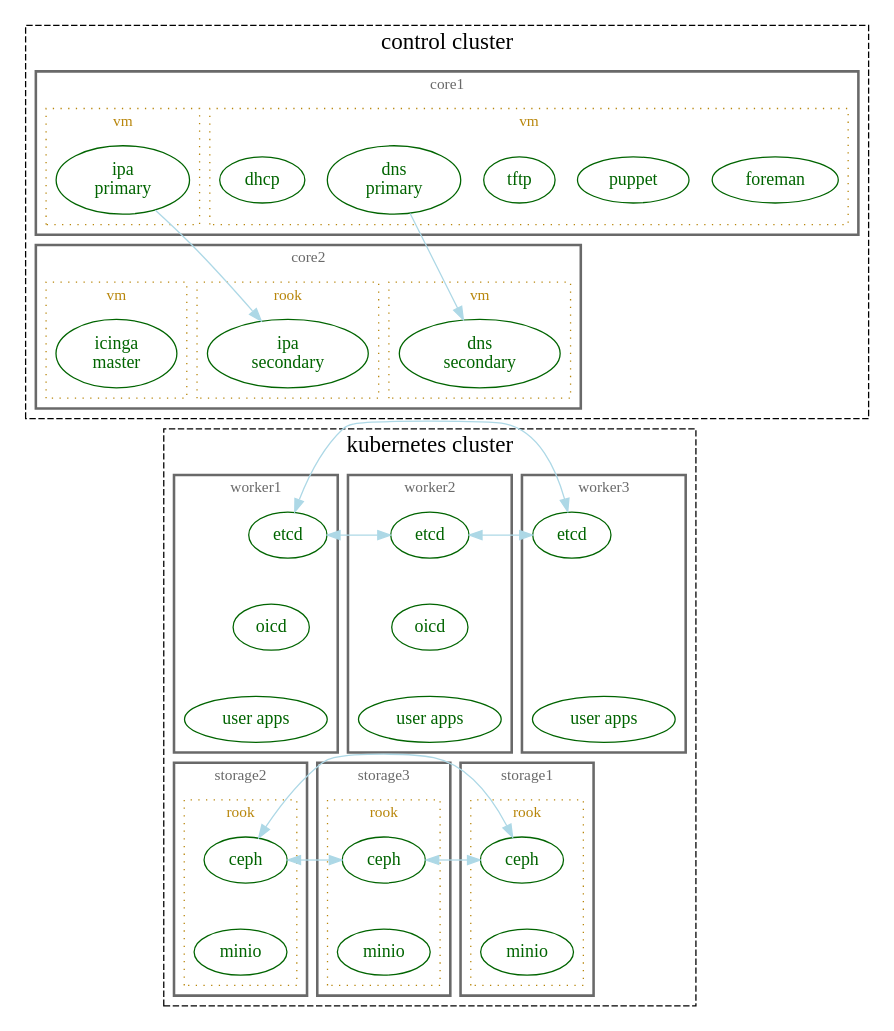
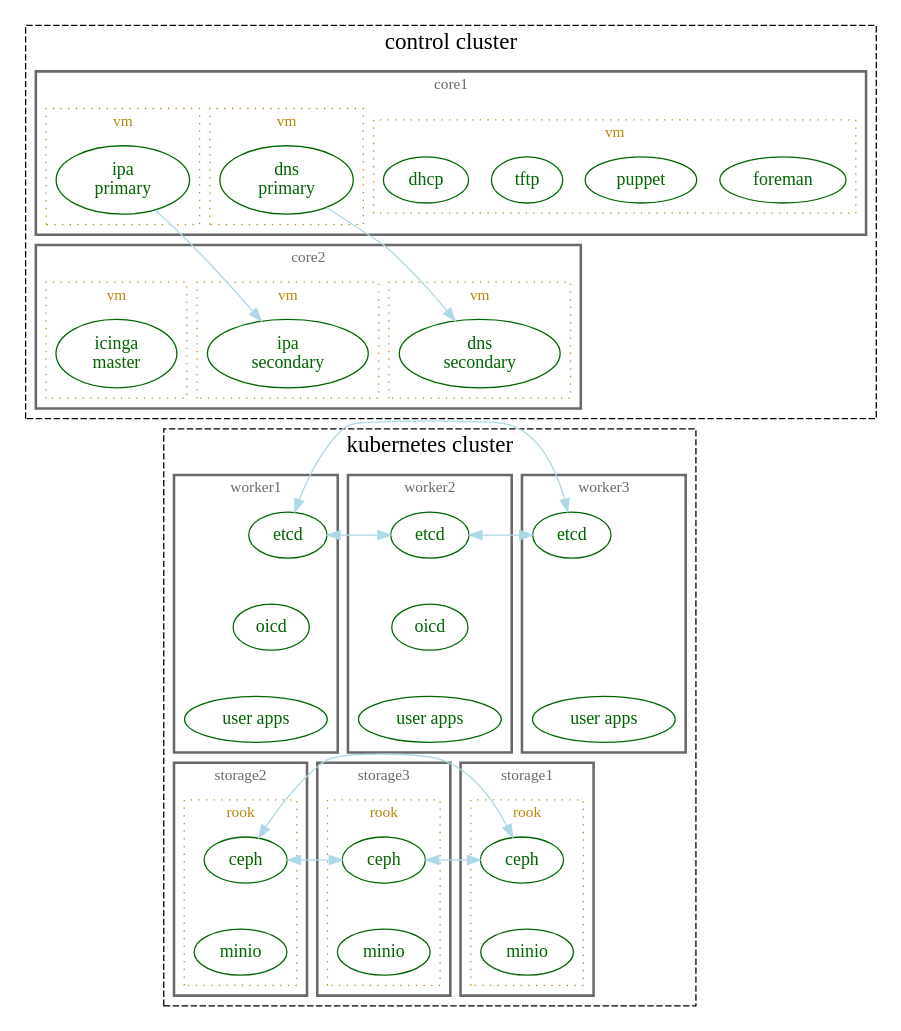
The diagram in _static/seed_cluster.dot (LSST-IT/ittn-002), drawn with Graphviz before and after one commit. The commit also changed 1 other file, not shown here.

```diff
--- a/_static/seed_cluster.dot
+++ b/_static/seed_cluster.dot
@@ -66,8 +66,17 @@
         foreman
         puppet
         tftp
+        dhcp1
+      }
+
+      subgraph cluster_19 {
+        label="vm"
+        color=darkgoldenrod
+        fontcolor=darkgoldenrod
+        fontsize=12
+        style=dotted
+
         dns1
-        dhcp1
       }
 
       subgraph cluster_18 {
@@ -106,7 +115,7 @@
       }
 
       subgraph cluster_16 {
-        label="rook"
+        label="vm"
         color=darkgoldenrod
         fontcolor=darkgoldenrod
         fontsize=12
```
